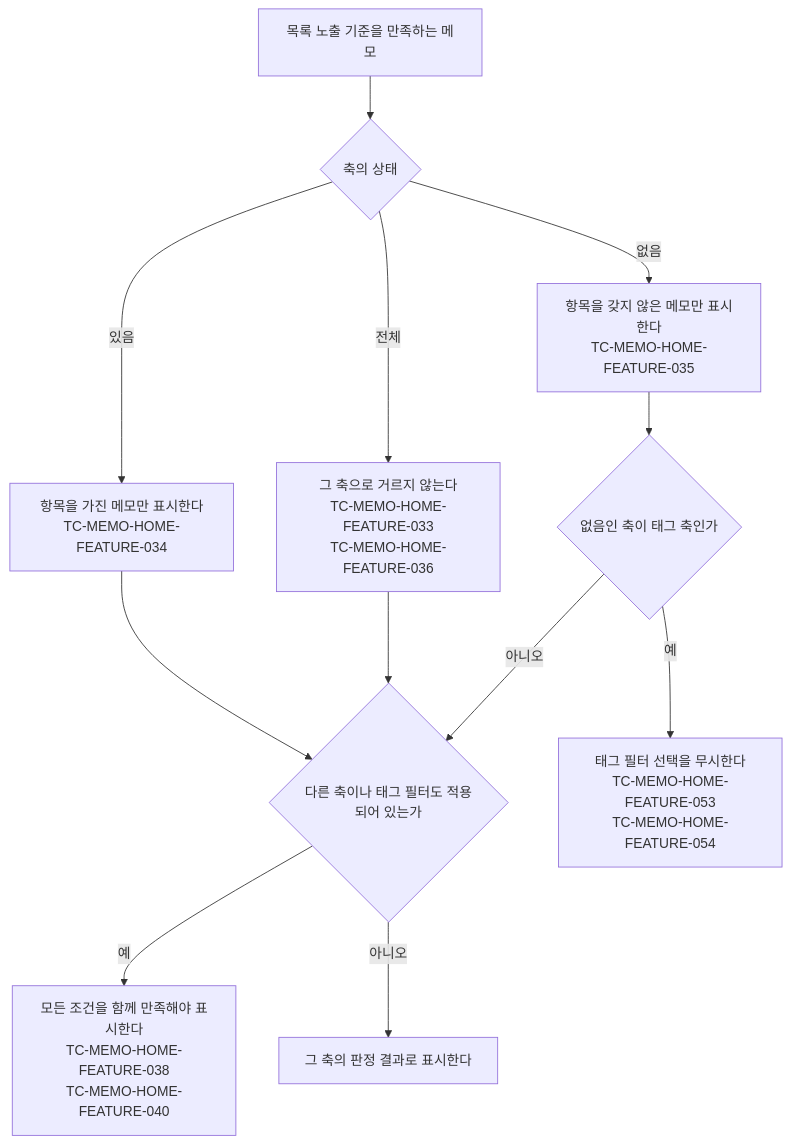
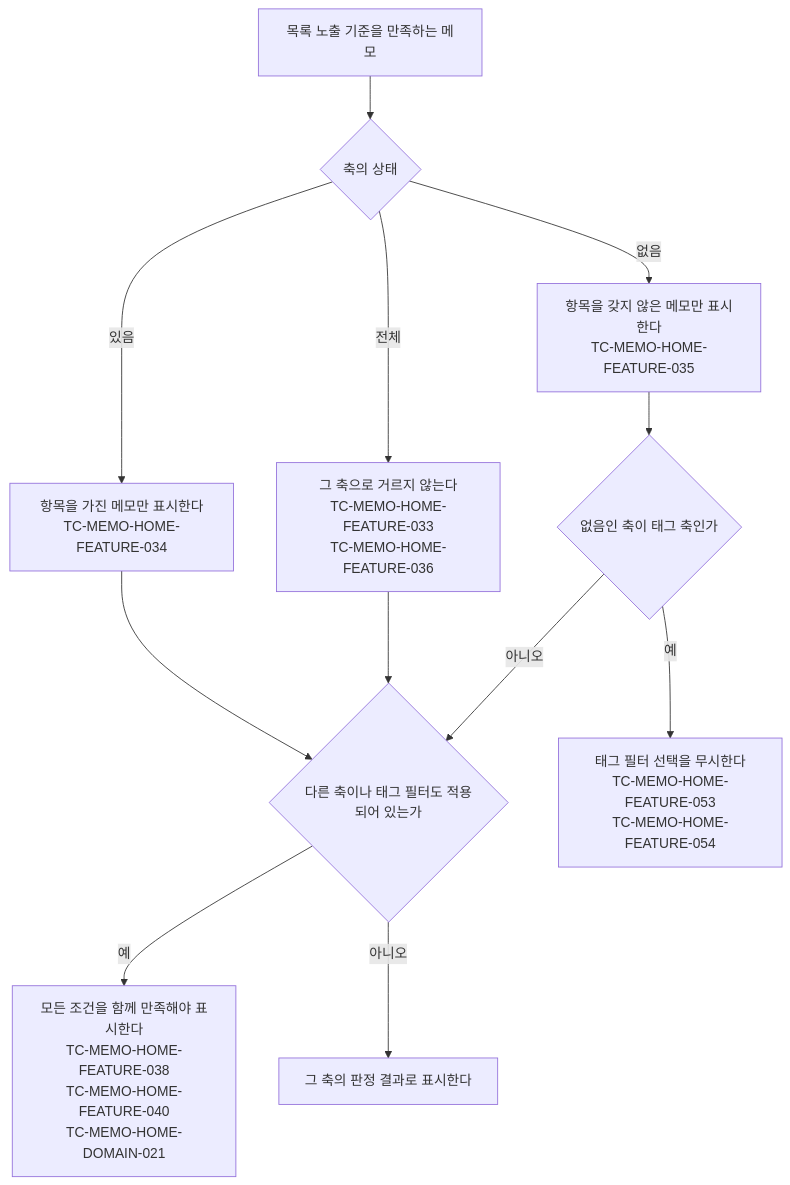
Before and after one commit to taetae98coding/DiaryKMP: the diagram in docs/testcase/memo-home.md, drawn with Mermaid. The commit also changed other lines of this file and 154 other files, not shown here.

````diff
--- a/docs/testcase/memo-home.md
+++ b/docs/testcase/memo-home.md
@@ -231,14 +236,14 @@
 ```mermaid
 flowchart TD
     Start["목록 노출 기준을 만족하는 메모"] --> State{"축의 상태"}
     State -- "전체" --> All["그 축으로 거르지 않는다<br/>TC-MEMO-HOME-FEATURE-033<br/>TC-MEMO-HOME-FEATURE-036"]
     State -- "있음" --> With["항목을 가진 메모만 표시한다<br/>TC-MEMO-HOME-FEATURE-034"]
     State -- "없음" --> Without["항목을 갖지 않은 메모만 표시한다<br/>TC-MEMO-HOME-FEATURE-035"]
     With --> Combine{"다른 축이나 태그 필터도 적용되어 있는가"}
     All --> Combine
     Without --> TagAxis{"없음인 축이 태그 축인가"}
     TagAxis -- "예" --> Ignore["태그 필터 선택을 무시한다<br/>TC-MEMO-HOME-FEATURE-053<br/>TC-MEMO-HOME-FEATURE-054"]
     TagAxis -- "아니오" --> Combine
-    Combine -- "예" --> And["모든 조건을 함께 만족해야 표시한다<br/>TC-MEMO-HOME-FEATURE-038<br/>TC-MEMO-HOME-FEATURE-040"]
+    Combine -- "예" --> And["모든 조건을 함께 만족해야 표시한다<br/>TC-MEMO-HOME-FEATURE-038<br/>TC-MEMO-HOME-FEATURE-040<br/>TC-MEMO-HOME-DOMAIN-021"]
     Combine -- "아니오" --> Done["그 축의 판정 결과로 표시한다"]
 ```
````
